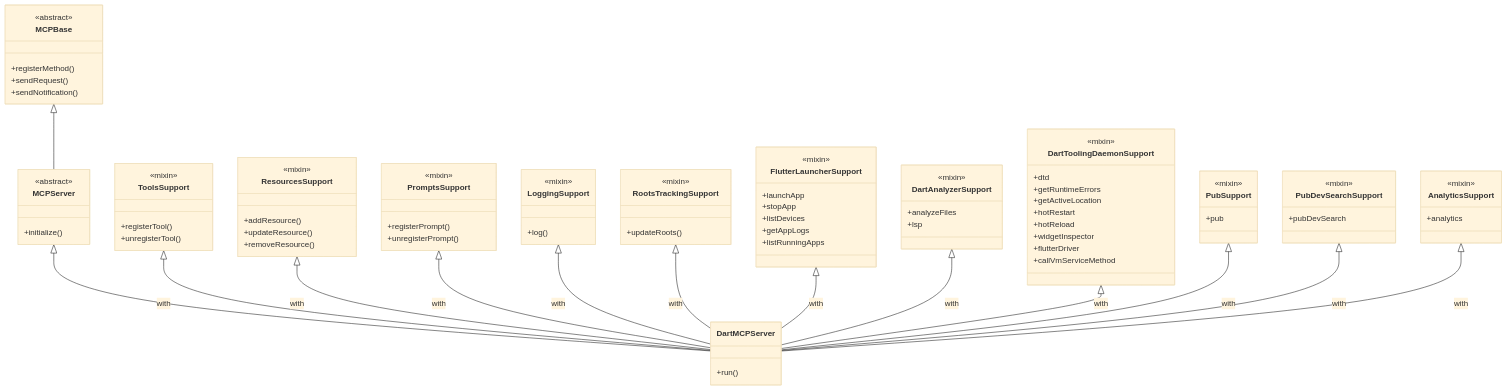
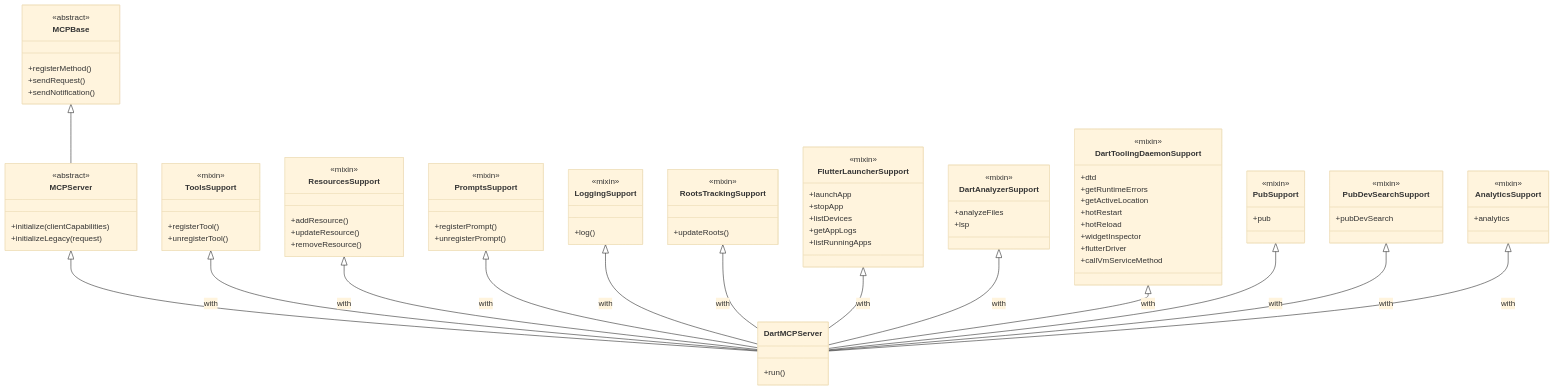
The second of 3 diagrams in pkgs/dart_mcp_server/ARCHITECTURE.md (dart-lang/ai), drawn with Mermaid (base theme) before and after one commit. The commit also changed 32 other files, not shown here.

```diff
--- a/pkgs/dart_mcp_server/ARCHITECTURE.md
+++ b/pkgs/dart_mcp_server/ARCHITECTURE.md
@@ -48,7 +48,8 @@
 
     class MCPServer {
         <<abstract>>
-        +initialize()
+        +initialize(clientCapabilities)
+        +initializeLegacy(request)
     }
 
     class ToolsSupport {
```
